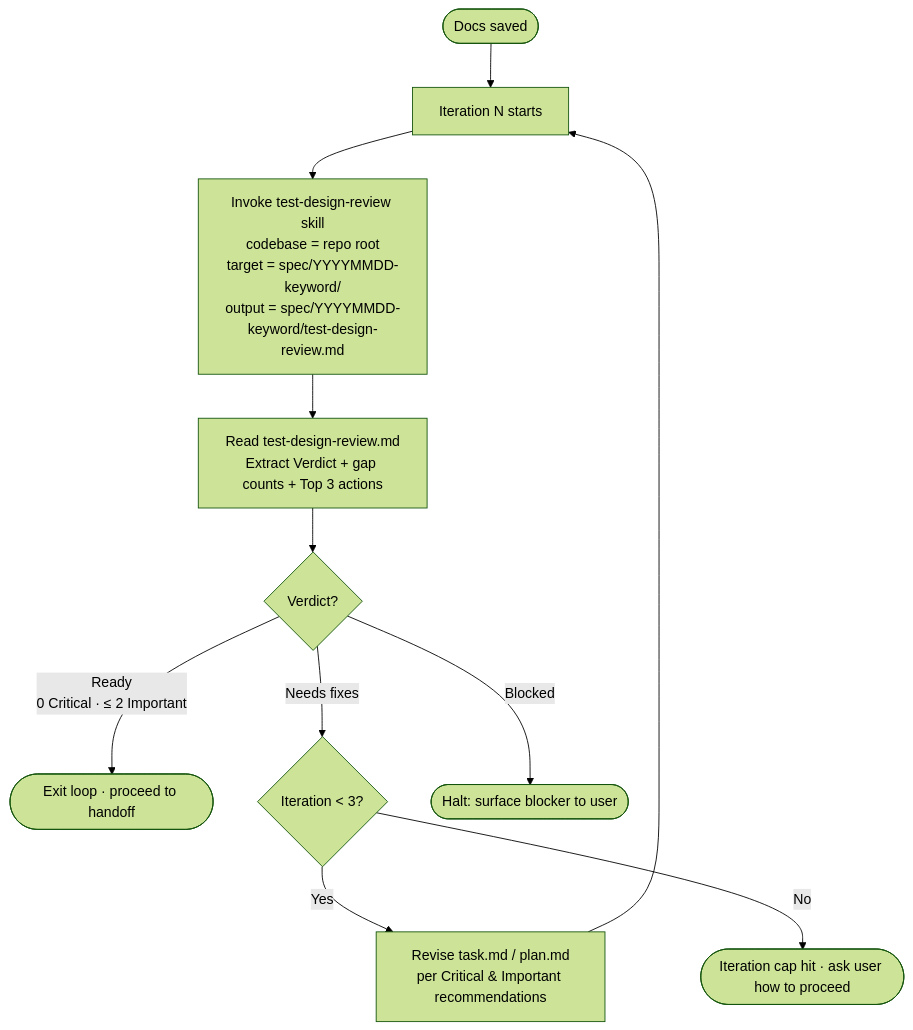
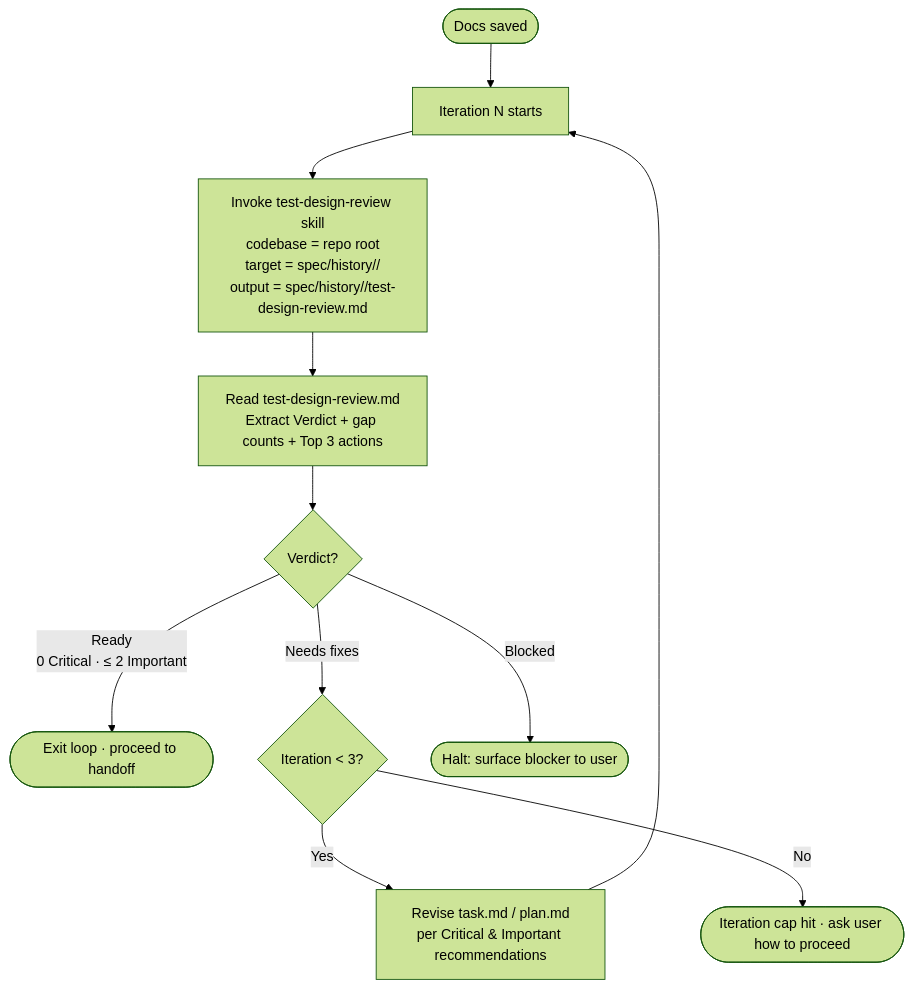
One commit to KiSae-Lee/agentic-workflow changed the second of 2 diagrams in .claude/skills/planning/SKILL.md. Above: the diagram before and after it, drawn with Mermaid (forest theme). The commit also changed other lines of this file and 14 other files, not shown here.

````diff
--- a/.claude/skills/planning/SKILL.md
+++ b/.claude/skills/planning/SKILL.md
@@ -246,13 +279,13 @@
 ```mermaid
 flowchart TD
     Start([Docs saved]) --> Iter[Iteration N starts]
-    Iter --> Invoke[Invoke test-design-review skill<br/>codebase = repo root<br/>target = spec/YYYYMMDD-keyword/<br/>output = spec/YYYYMMDD-keyword/test-design-review.md]
+    Iter --> Invoke[Invoke test-design-review skill<br/>codebase = repo root<br/>target = spec/history/<phase>/<br/>output = spec/history/<phase>/test-design-review.md]
     Invoke --> Read[Read test-design-review.md<br/>Extract Verdict + gap counts + Top 3 actions]
     Read --> Decide{Verdict?}
     Decide -->|Ready<br/>0 Critical · ≤ 2 Important| Done([Exit loop · proceed to handoff])
     Decide -->|Needs fixes| Cap{Iteration < 3?}
     Decide -->|Blocked| Halt([Halt: surface blocker to user])
     Cap -->|Yes| Revise[Revise task.md / plan.md<br/>per Critical & Important recommendations]
     Cap -->|No| Escalate([Iteration cap hit · ask user how to proceed])
     Revise --> Iter
 ```
````
